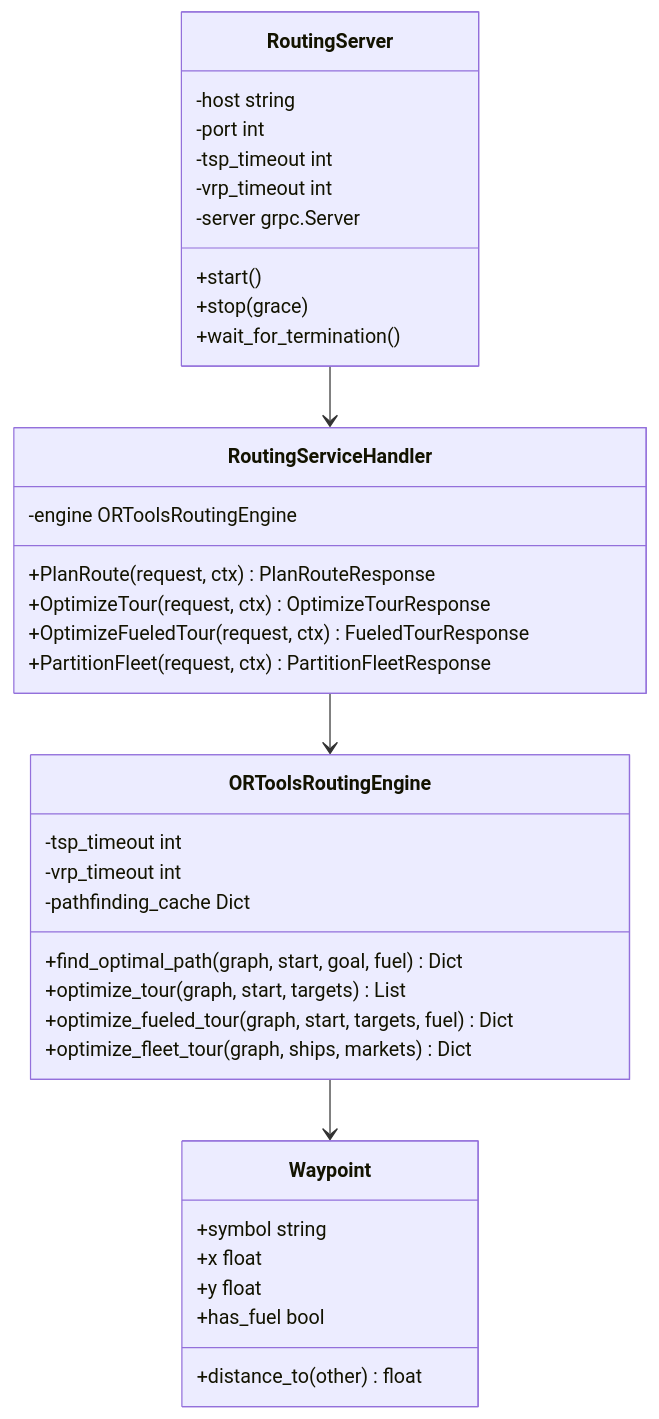
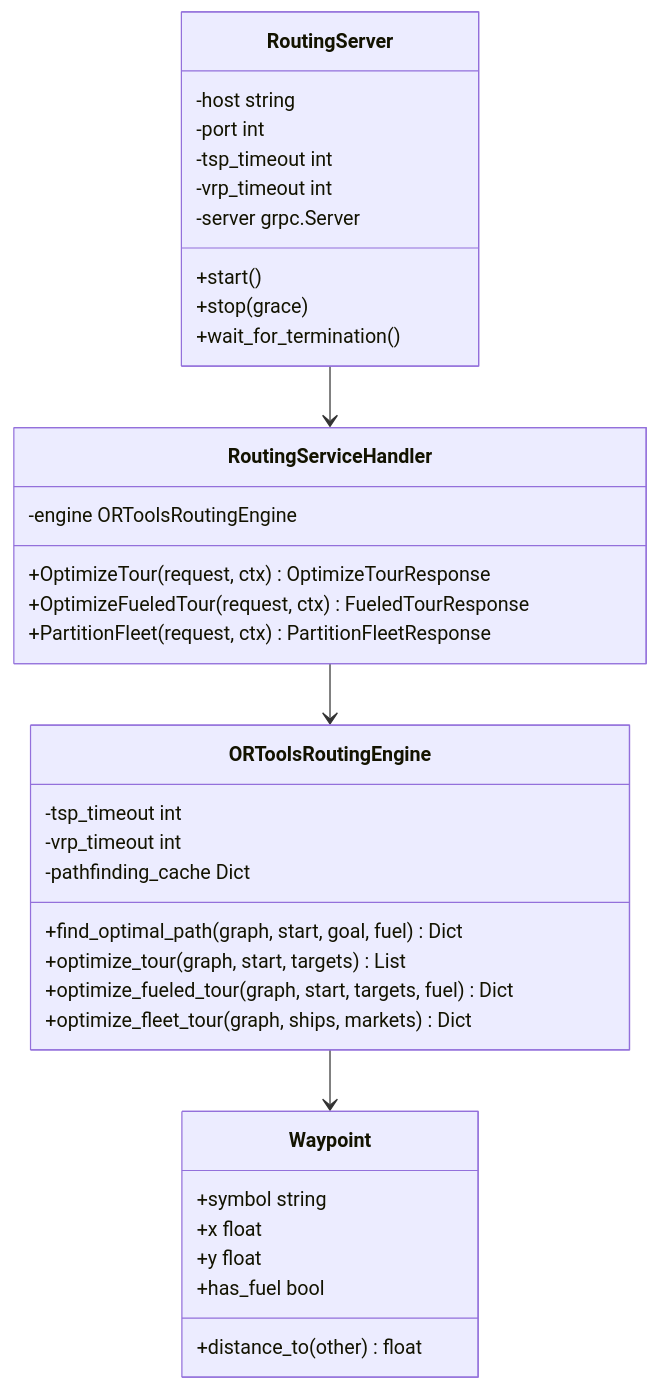
Diagram 15 of 23 in gobot/docs/ARCHITECTURE.md (acdtunes/spacetraders), drawn with Mermaid before and after one commit. The commit also changed other lines of this file and 20 other files, not shown here.

Commit message:
feat(routing): plan routes in-process and retire the PlanRoute RPC (sp-wwlhb)

````diff
--- a/gobot/docs/ARCHITECTURE.md
+++ b/gobot/docs/ARCHITECTURE.md
@@ -712,43 +720,42 @@
 ```mermaid
 classDiagram
     class RoutingServer {
         -host string
         -port int
         -tsp_timeout int
         -vrp_timeout int
         -server grpc.Server
         +start()
         +stop(grace)
         +wait_for_termination()
     }
 
     class RoutingServiceHandler {
         -engine ORToolsRoutingEngine
-        +PlanRoute(request, ctx) PlanRouteResponse
         +OptimizeTour(request, ctx) OptimizeTourResponse
         +OptimizeFueledTour(request, ctx) FueledTourResponse
         +PartitionFleet(request, ctx) PartitionFleetResponse
     }
 
     class ORToolsRoutingEngine {
         -tsp_timeout int
         -vrp_timeout int
         -pathfinding_cache Dict
         +find_optimal_path(graph, start, goal, fuel) Dict
         +optimize_tour(graph, start, targets) List
         +optimize_fueled_tour(graph, start, targets, fuel) Dict
         +optimize_fleet_tour(graph, ships, markets) Dict
     }
 
     class Waypoint {
         +symbol string
         +x float
         +y float
         +has_fuel bool
         +distance_to(other) float
     }
 
     RoutingServer --> RoutingServiceHandler
     RoutingServiceHandler --> ORToolsRoutingEngine
     ORToolsRoutingEngine --> Waypoint
 ```
````
